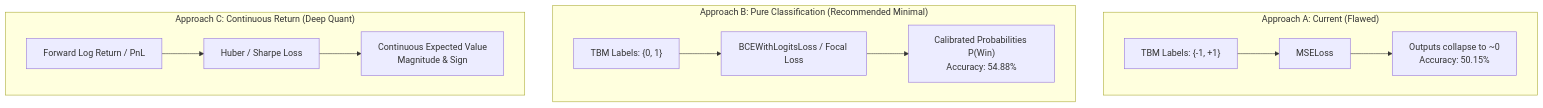
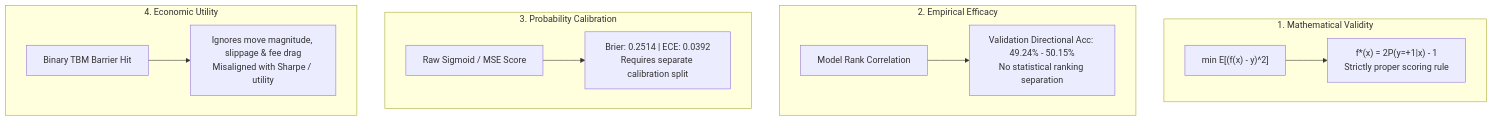
The diagram in training/regression_objective_analysis.md (menemjef/ethtradingbot), drawn with Mermaid before and after one commit. The commit also changed other lines of this file and 9 other files, not shown here.

Commit message:
fix: quant research audit pass 2 - objective analysis correction, calibration, 3-way partitioning, and reproducibility

````diff
--- a/training/regression_objective_analysis.md
+++ b/training/regression_objective_analysis.md
@@ -84,17 +71,15 @@
 ```mermaid
 flowchart TD
-    subgraph Current ["Approach A: Current (Flawed)"]
-        A1["TBM Labels: {-1, +1}"] --> A2["MSELoss"]
-        A2 --> A3["Outputs collapse to ~0\nAccuracy: 50.15%"]
+    subgraph A ["1. Mathematical Validity"]
+        A1["min E[(f(x) - y)^2]"] --> A2["f*(x) = 2P(y=+1|x) - 1\nStrictly proper scoring rule"]
     end
-
-    subgraph ClfPath ["Approach B: Pure Classification (Recommended Minimal)"]
-        B1["TBM Labels: {0, 1}"] --> B2["BCEWithLogitsLoss / Focal Loss"]
-        B2 --> B3["Calibrated Probabilities P(Win)\nAccuracy: 54.88%"]
+    subgraph B ["2. Empirical Efficacy"]
+        B1["Model Rank Correlation"] --> B2["Validation Directional Acc: 49.24% - 50.15%\nNo statistical ranking separation"]
     end
-
-    subgraph RegPath ["Approach C: Continuous Return (Deep Quant)"]
-        C1["Forward Log Return / PnL"] --> C2["Huber / Sharpe Loss"]
-        C2 --> C3["Continuous Expected Value\nMagnitude & Sign"]
+    subgraph C ["3. Probability Calibration"]
+        C1["Raw Sigmoid / MSE Score"] --> C2["Brier: 0.2514 | ECE: 0.0392\nRequires separate calibration split"]
+    end
+    subgraph D ["4. Economic Utility"]
+        D1["Binary TBM Barrier Hit"] --> D2["Ignores move magnitude, slippage & fee drag\nMisaligned with Sharpe / utility"]
     end
 ```
````
